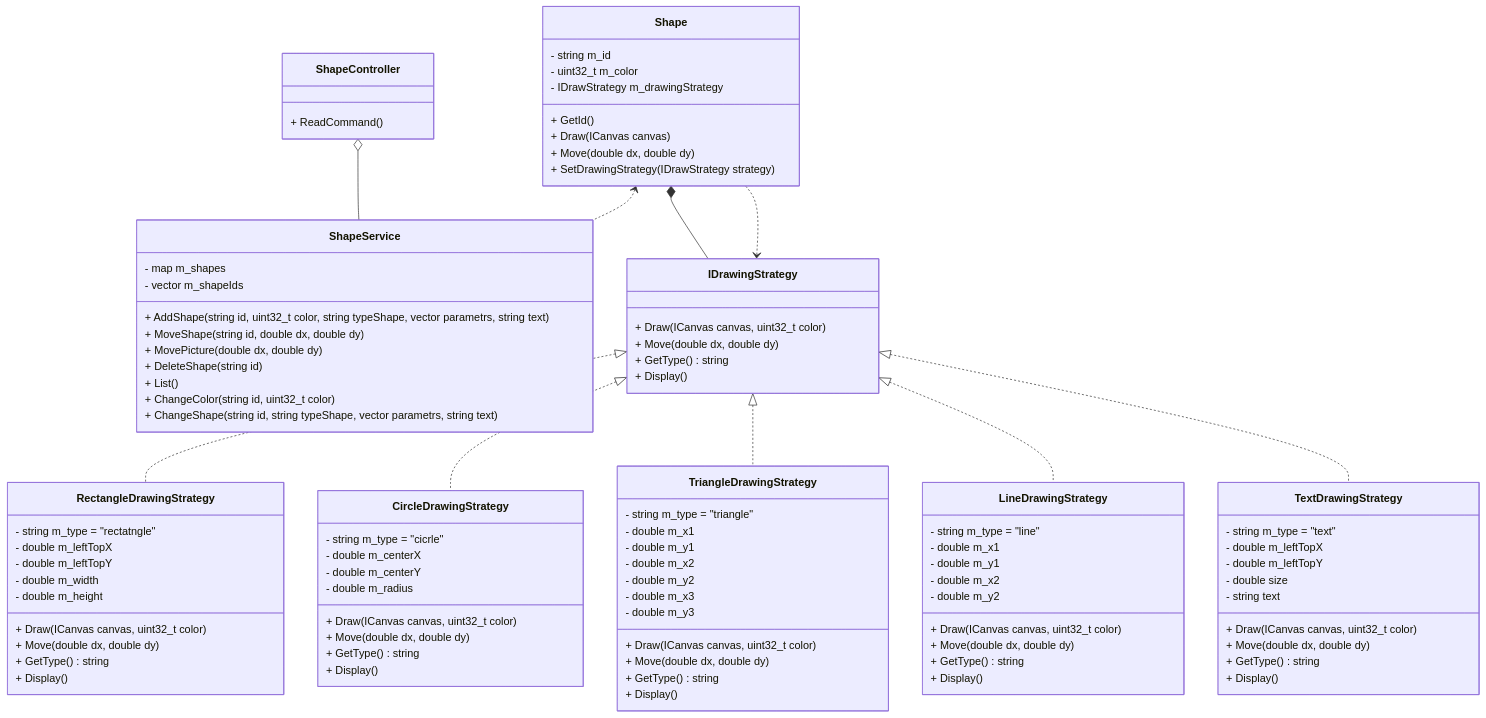
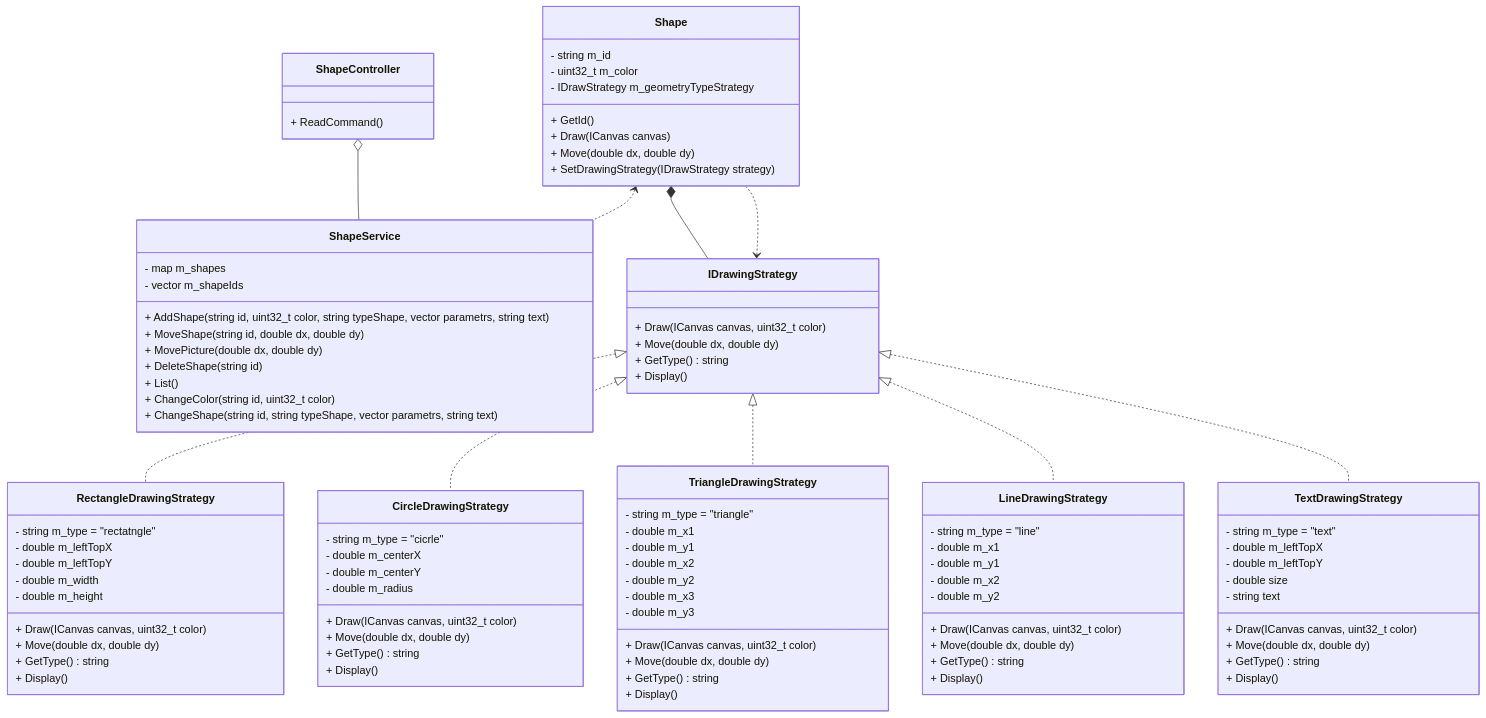
Before and after one commit to 555Jeka555/OOD-labs: the diagram in lab1/4/docs.md, drawn with Mermaid. The commit also changed 9 other files, not shown here.

```diff
--- a/lab1/4/docs.md
+++ b/lab1/4/docs.md
@@ -32,7 +32,7 @@
     class Shape {
         - string m_id
         - uint32_t m_color
-        - IDrawStrategy m_drawingStrategy
+        - IDrawStrategy m_geometryTypeStrategy
         + GetId()
         + Draw(ICanvas canvas)
         + Move(double dx, double dy)
```
